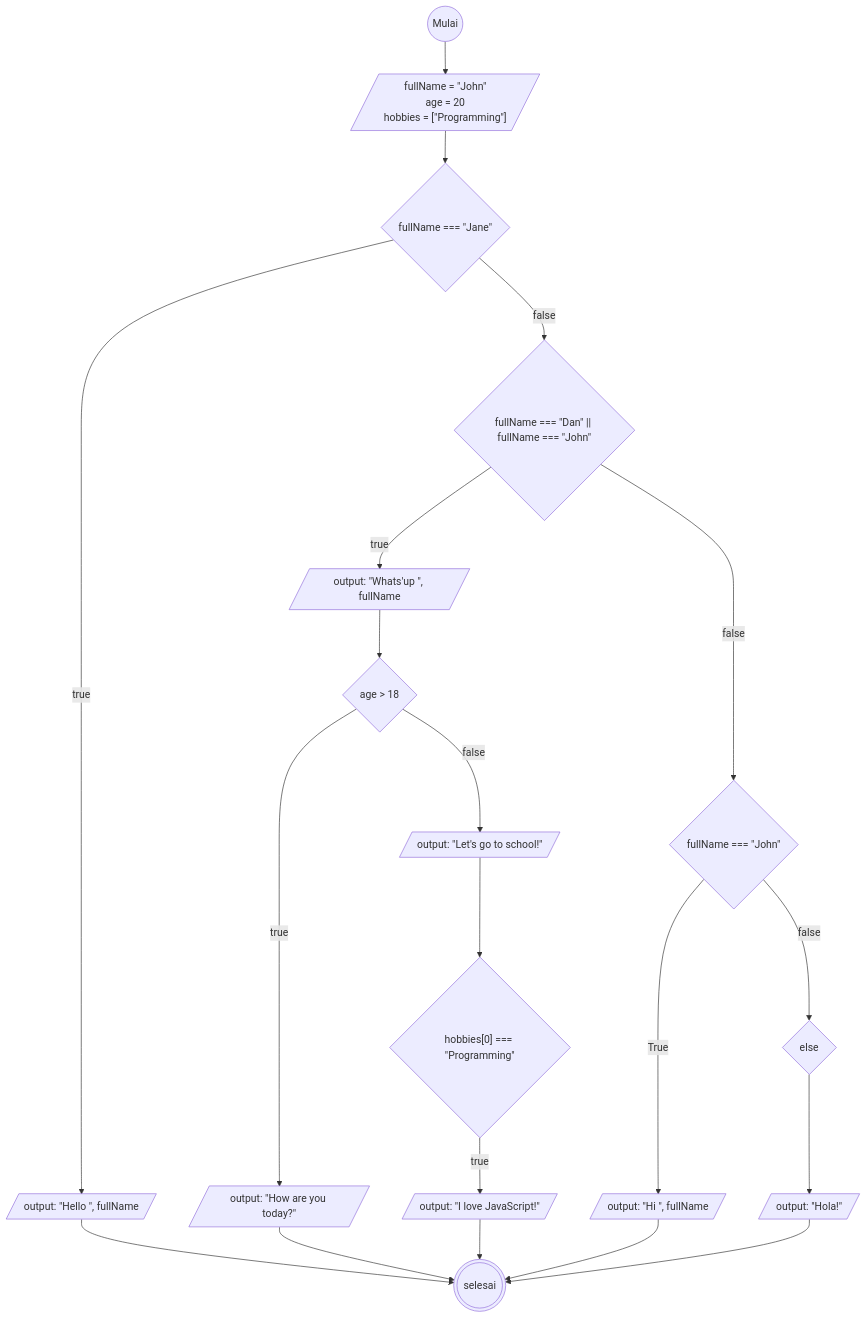
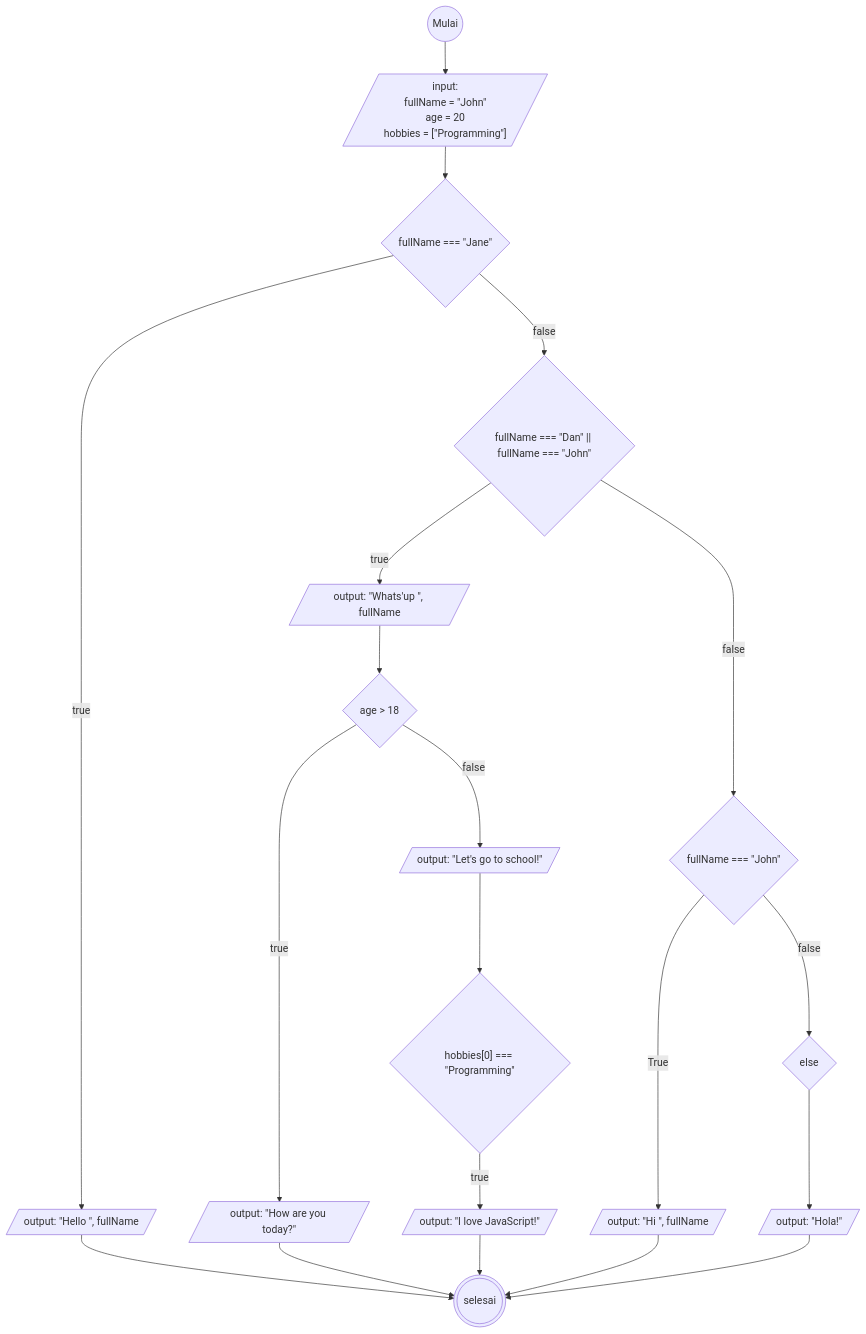
One commit to mslthn/koda-b6-javascript1 changed the diagram in task3.md. Above: the diagram before and after it, drawn with Mermaid.

````diff
--- a/task3.md
+++ b/task3.md
@@ -1,43 +1,44 @@
 ```mermaid
 flowchart TD
     mulai@{ shape: circ, label: "Mulai"}
     selesai@{shape: dbl-circ}
-    def@{shape: lean-r, label: "fullName = #quot;John#quot;
+    def@{shape: lean-r, label: "input: 
+    fullName = #quot;John#quot;
     age = 20
     hobbies = [#quot;Programming#quot;]"}
 
     ifJane@{shape: diamond, label: "fullName === #quot;Jane#quot;"}
     benarJane@{shape: lean-r, label: "output: #quot;Hello #quot;, fullName"}
 
     ifDanJohn@{shape: diamond, label: "fullName === #quot;Dan#quot; || fullName === #quot;John#quot;"}
     outDanJohn@{shape: lean-r, label: "output: #quot;Whats'up #quot;, fullName"}
 
     ifJohn@{shape: diamond, label: "fullName === #quot;John#quot;"}
     benarJohn@{shape: lean-r, label: "output: #quot;Hi #quot;, fullName"}
 
     else@{shape: diamond}
     hola@{shape: lean-r, label: "output: #quot;Hola!#quot;"}
 
     if18@{shape: diamond, label: "age > 18"}
     benar18@{shape: lean-r, label: "output: #quot;How are you today?#quot;"}
     salah18@{shape: lean-r, label: "output: #quot;Let's go to school!#quot;"}
 
     ifHobi@{shape: diamond, label: "hobbies[0] === #quot;Programming#quot;"}
     benarHobi@{shape: lean-r, label: "output: #quot;I love JavaScript!#quot;"}
 
 
     
 
 mulai-->def-->ifJane
 ifJane-->|true| benarJane-->selesai
 ifJane-->|false| ifDanJohn
 ifDanJohn-->|true| outDanJohn-->if18
 if18-->|true| benar18-->selesai
 if18-->|false| salah18
 salah18-->ifHobi
 ifHobi-->|true| benarHobi-->selesai
 
 ifDanJohn-->|false| ifJohn
 ifJohn-->|True| benarJohn-->selesai
 ifJohn-->|false| else-->hola-->selesai
 ```
````
